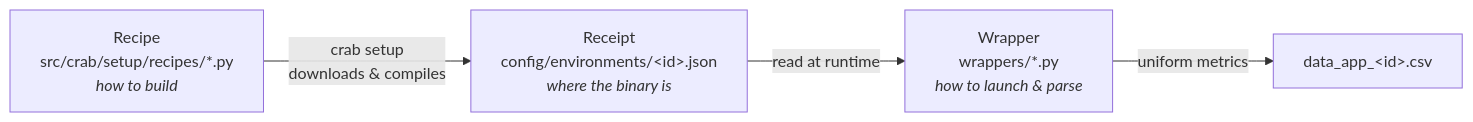
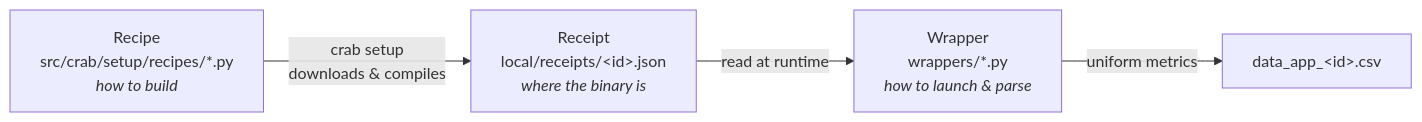
The second of 2 diagrams in docs/concepts/architecture.md (HLC-Lab/CRAB), drawn with Mermaid before and after one commit. The commit also changed other lines of this file and 7 other files, not shown here.

Commit message:
docs: per-machine presets and receipts now live in local/

````diff
--- a/docs/concepts/architecture.md
+++ b/docs/concepts/architecture.md
@@ -65,7 +65,7 @@
 ```mermaid
 flowchart LR
     R["Recipe<br/>src/crab/setup/recipes/*.py<br/><i>how to build</i>"]
-    -->|"crab setup<br/>downloads &amp; compiles"| T["Receipt<br/>config/environments/&lt;id&gt;.json<br/><i>where the binary is</i>"]
+    -->|"crab setup<br/>downloads &amp; compiles"| T["Receipt<br/>local/receipts/&lt;id&gt;.json<br/><i>where the binary is</i>"]
     T -->|"read at runtime"| W["Wrapper<br/>wrappers/*.py<br/><i>how to launch &amp; parse</i>"]
     W -->|"uniform metrics"| D["data_app_&lt;id&gt;.csv"]
 ```
````
